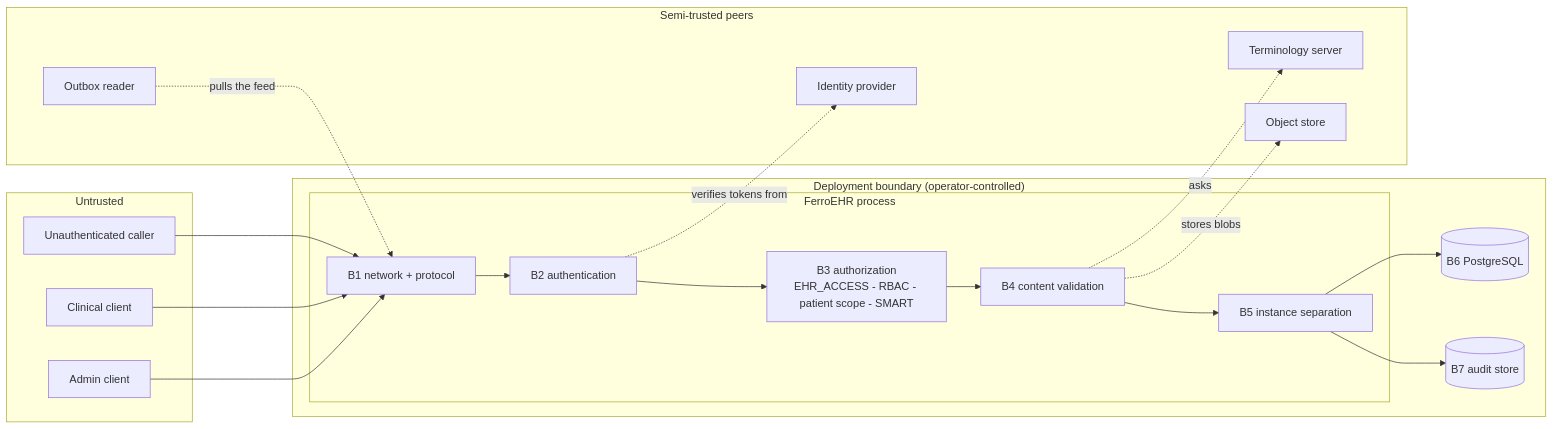
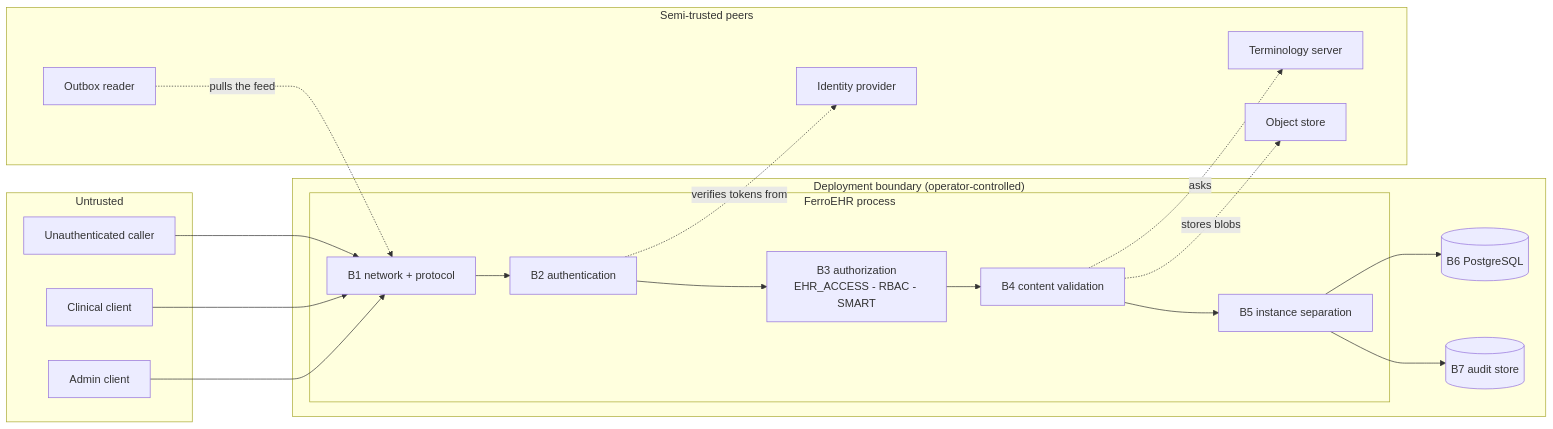
One commit to FerroHEALTH/FerroEHR changed the diagram in website/book/src/threat-model.md. Above: the diagram before and after it, drawn with Mermaid. The commit also changed other lines of this file and 119 other files, not shown here.

First line of the commit message:
refactor(access): confine a patient to their own EHR through the evaluator alone (#5586)

````diff
--- a/website/book/src/threat-model.md
+++ b/website/book/src/threat-model.md
@@ -69,38 +69,38 @@
 ```mermaid
 flowchart LR
   subgraph Untrusted
     U[Unauthenticated caller]
     C[Clinical client]
     A[Admin client]
   end
   subgraph Deployment["Deployment boundary (operator-controlled)"]
     subgraph Server["FerroEHR process"]
       B1["B1 network + protocol"]
       B2["B2 authentication"]
-      B3["B3 authorization<br/>EHR_ACCESS - RBAC - patient scope - SMART"]
+      B3["B3 authorization<br/>EHR_ACCESS - RBAC - SMART"]
       B4["B4 content validation"]
       B5["B5 instance separation"]
     end
     DB[("B6 PostgreSQL")]
     AUD[("B7 audit store")]
   end
   subgraph External["Semi-trusted peers"]
     IDP[Identity provider]
     TS[Terminology server]
     S3[Object store]
     MQ[Outbox reader]
   end
   U --> B1
   C --> B1
   A --> B1
   B1 --> B2
   B2 --> B3
   B3 --> B4
   B4 --> B5
   B5 --> DB
   B5 --> AUD
   B2 -.verifies tokens from.-> IDP
   B4 -.asks.-> TS
   B4 -.stores blobs.-> S3
   MQ -.pulls the feed.-> B1
 ```
````
